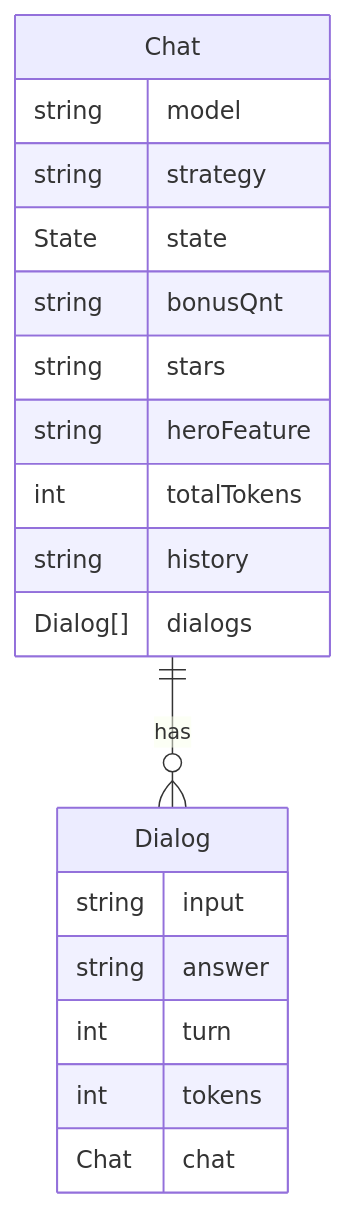
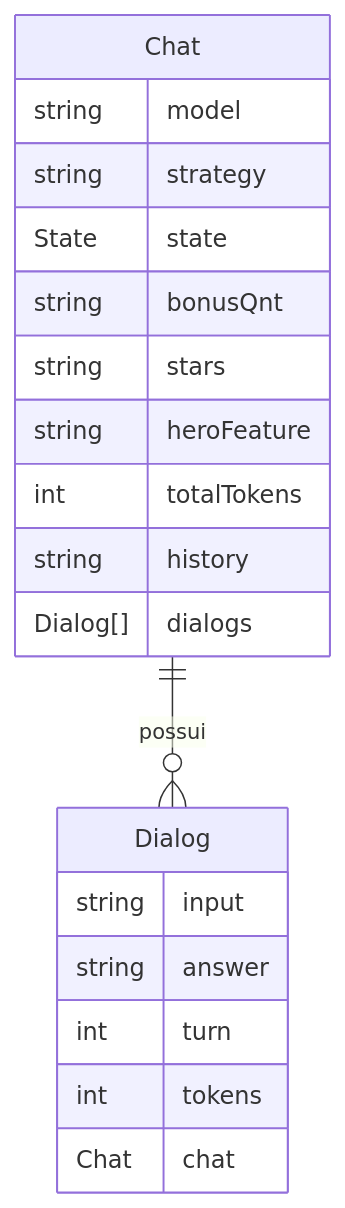
Before and after one commit to caio-bernardo/Blabinha-API: the diagram in README.md, drawn with Mermaid. The commit also changed other lines of this file and 15 other files, not shown here.

````diff
--- a/README.md
+++ b/README.md
@@ -31,22 +70,22 @@
 ```mermaid
 erDiagram
-   Chat ||--o{ Dialog : has
+   Chat ||--o{ Dialog : possui
    Chat {
       string model
       string strategy
       State state
       string bonusQnt
       string stars
       string heroFeature
       int totalTokens
       string history
       Dialog[] dialogs
    }
    Dialog {
       string input
       string answer
       int turn
       int tokens
       Chat chat
    }
 ```
````
